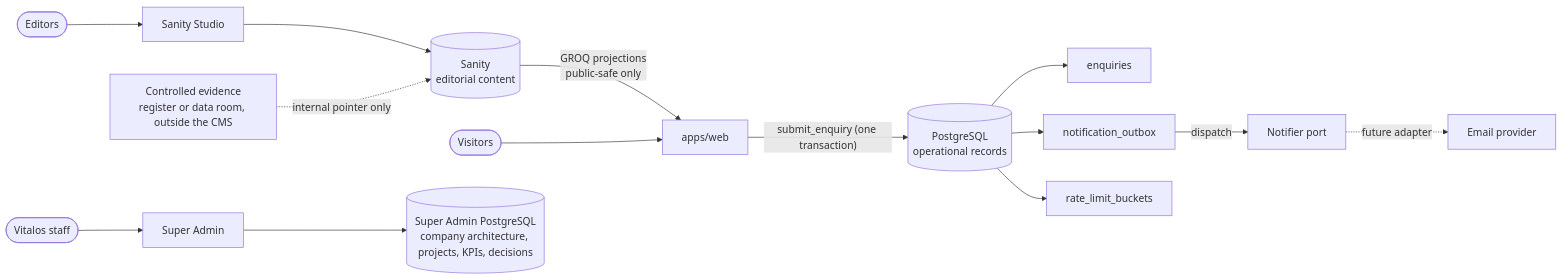
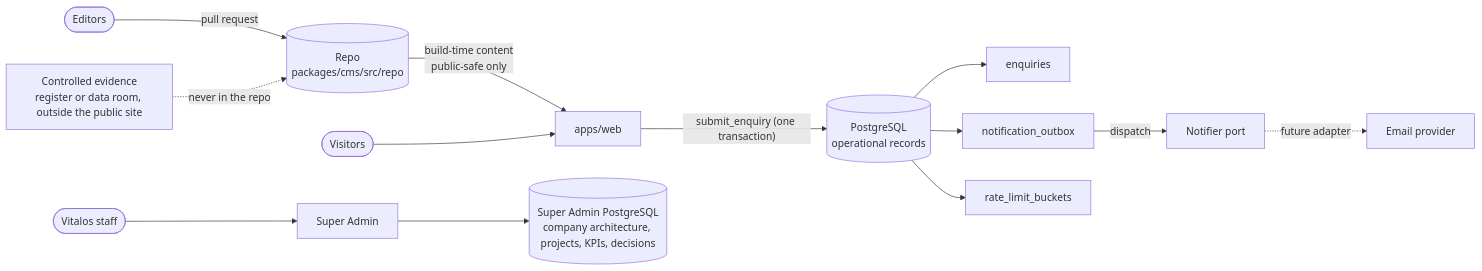
Before and after one commit to Isaacpyo/vitalos-platform: the diagram in docs/architecture/data-ownership.md, drawn with Mermaid. The commit also changed other lines of this file and 237 other files, not shown here.

````diff
--- a/docs/architecture/data-ownership.md
+++ b/docs/architecture/data-ownership.md
@@ -5,13 +5,13 @@
 ```mermaid
 flowchart LR
-  Editors([Editors]) --> Studio[Sanity Studio] --> Sanity[(Sanity<br/>editorial content)]
-  Sanity -->|"GROQ projections<br/>public-safe only"| Web[apps/web]
+  Editors([Editors]) -->|pull request| Repo[(Repo<br/>packages/cms/src/repo)]
+  Repo -->|"build-time content<br/>public-safe only"| Web[apps/web]
   Visitors([Visitors]) --> Web
   Web -->|"submit_enquiry (one transaction)"| PG[(PostgreSQL<br/>operational records)]
   PG --> Enquiries[enquiries]
   PG --> Outbox[notification_outbox]
   PG --> Buckets[rate_limit_buckets]
   Outbox -->|dispatch| Notifier[Notifier port] -.->|future adapter| Email[Email provider]
-  Evidence[Controlled evidence<br/>register or data room, outside the CMS] -. "internal pointer only" .-> Sanity
+  Evidence[Controlled evidence<br/>register or data room, outside the public site] -. "never in the repo" .-> Repo
   Staff([Vitalos staff]) --> SuperAdmin[Super Admin] --> Architecture[(Super Admin PostgreSQL<br/>company architecture, projects, KPIs, decisions)]
 ```
````
